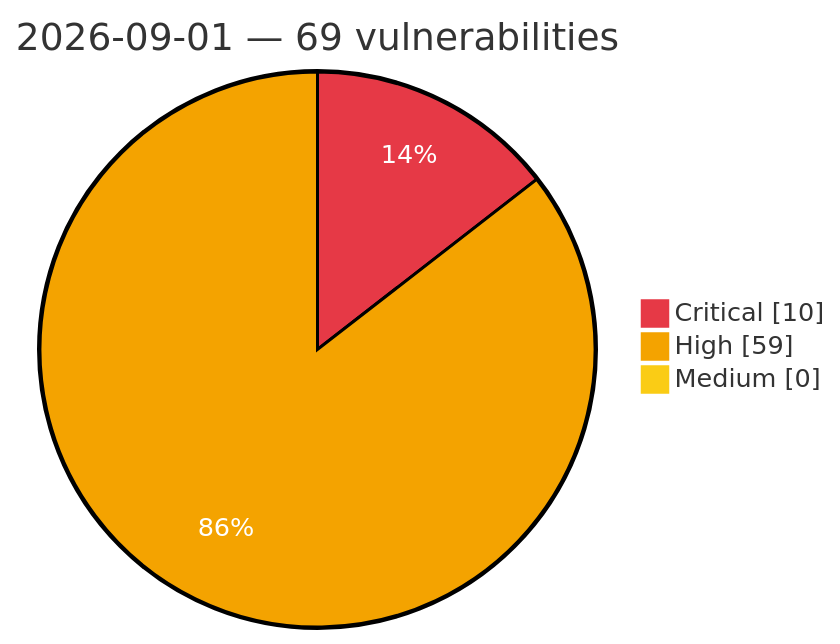
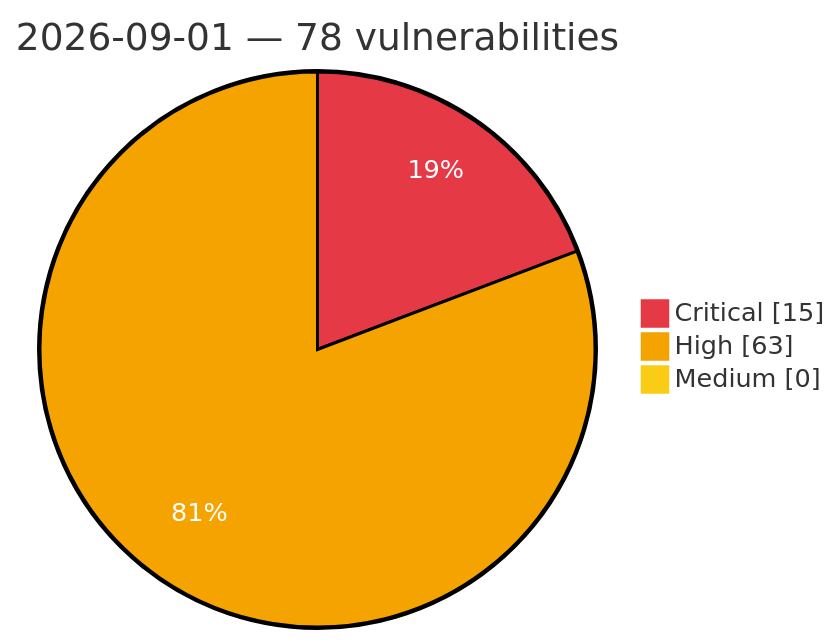
The diagram in vulnerabilities/2026/September/2026-09-01.md (GhostX0X/vuln-tracker), drawn with Mermaid before and after one commit. The commit also changed other lines of this file and 5 other files, not shown here.

Commit message:
Auto update: critical/high vulns (2026-09-02 00:13 UTC)

````diff
--- a/vulnerabilities/2026/September/2026-09-01.md
+++ b/vulnerabilities/2026/September/2026-09-01.md
@@ -3,8 +3,8 @@
 ```mermaid
 %%{init: {'theme':'base', 'themeVariables': {'pie1':'#e63946', 'pie2':'#f4a300', 'pie3':'#facc15', 'pieOpacity':'1', 'pieOuterStrokeWidth':'2px', 'pieSectionTextColor':'#ffffff'}}}%%
 pie showData
-    title 2026-09-01 — 69 vulnerabilities
-    "Critical" : 10
-    "High" : 59
+    title 2026-09-01 — 78 vulnerabilities
+    "Critical" : 15
+    "High" : 63
     "Medium" : 0
 ```
````
